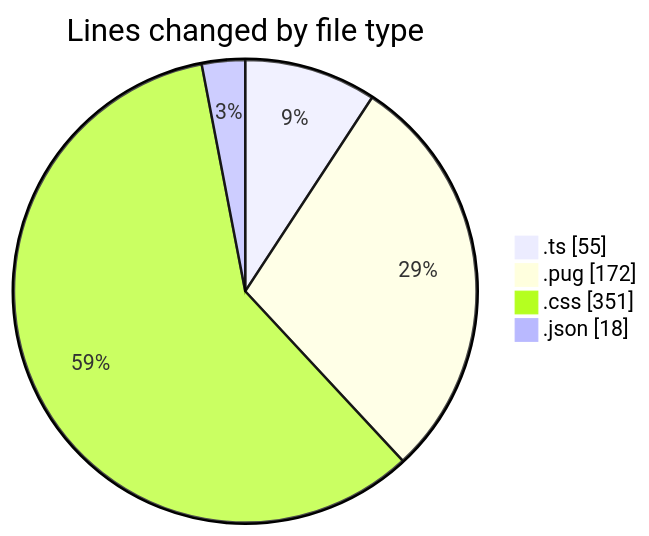
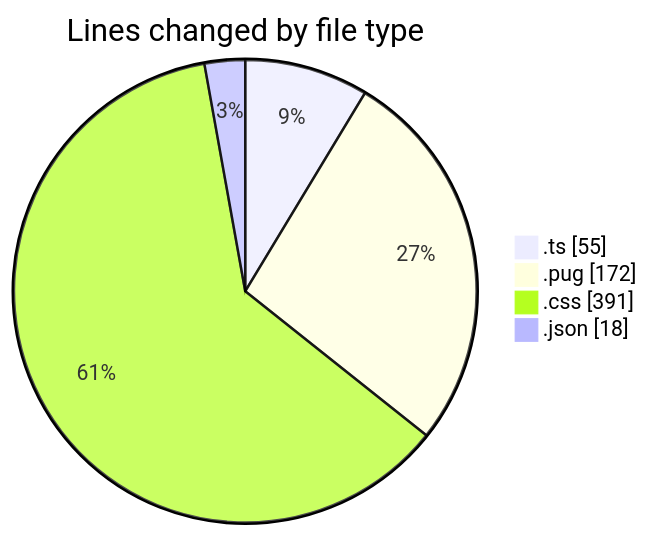
Before and after one commit to momahboobian/code-tracking: the first of 2 diagrams in 2025-10-31/cda/README.md, drawn with Mermaid. The commit also changed other lines of this file and 1 other file, not shown here.

````diff
--- a/2025-10-31/cda/README.md
+++ b/2025-10-31/cda/README.md
@@ -25,8 +25,8 @@
 ```mermaid
 pie showData
 title Lines changed by file type
 ".ts" : 55
 ".pug" : 172
-".css" : 351
+".css" : 391
 ".json" : 18
 ```
````
